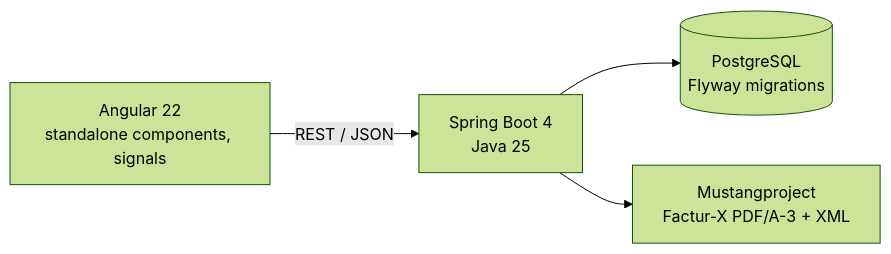
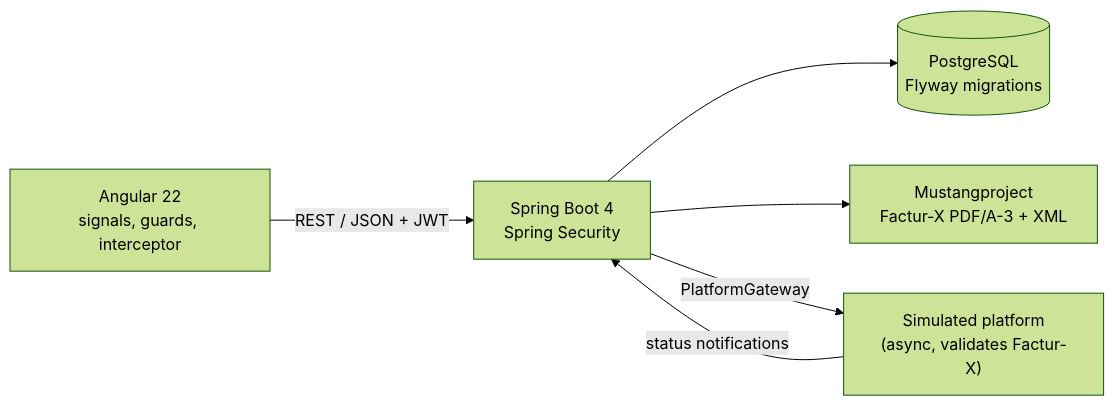
The diagram in README.md (MamitianaRak/efacture), drawn with Mermaid (forest theme) before and after one commit. The commit also changed other lines of this file and 1 other file, not shown here.

````diff
--- a/README.md
+++ b/README.md
@@ -23,6 +26,8 @@
 ```mermaid
 flowchart LR
-    UI["Angular 22<br/>standalone components, signals"] -- "REST / JSON" --> API["Spring Boot 4<br/>Java 25"]
+    UI["Angular 22<br/>signals, guards, interceptor"] -- "REST / JSON + JWT" --> API["Spring Boot 4<br/>Spring Security"]
     API --> DB[("PostgreSQL<br/>Flyway migrations")]
     API --> FX["Mustangproject<br/>Factur-X PDF/A-3 + XML"]
+    API -- "PlatformGateway" --> PA["Simulated platform<br/>(async, validates Factur-X)"]
+    PA -- "status notifications" --> API
 ```
````
